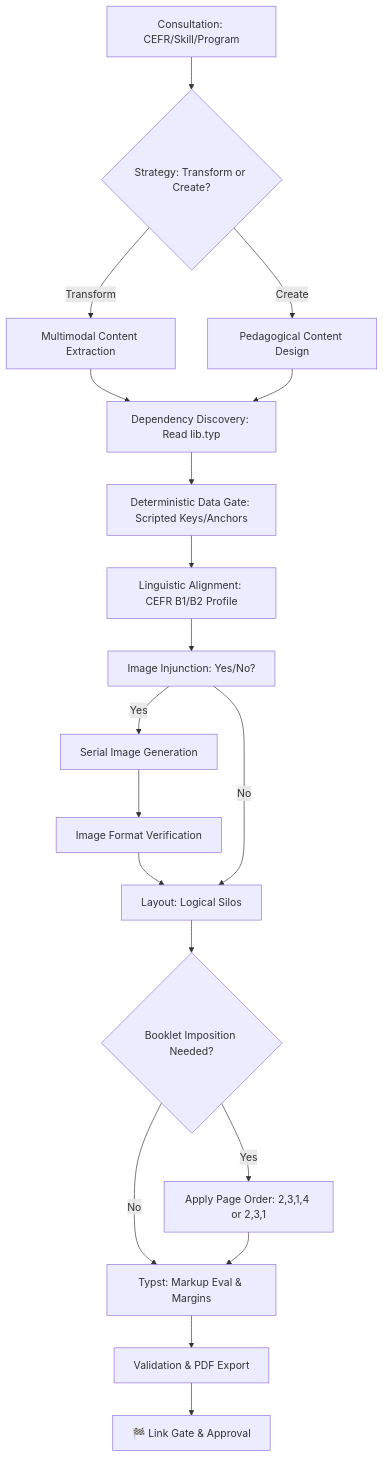
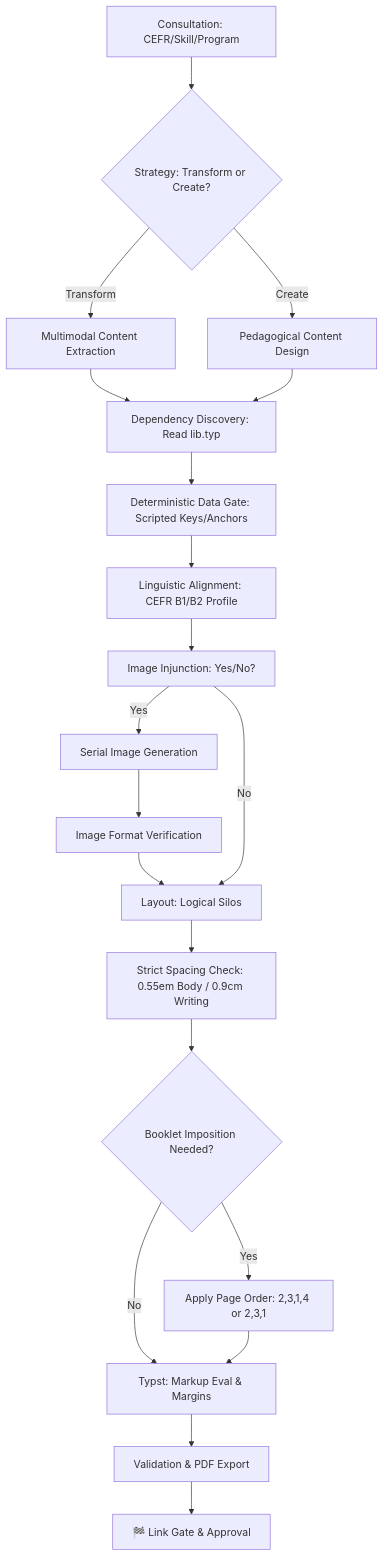
Before and after one commit to elwrush/lesson-plan-agent: the diagram in skills/producing-educational-materials/SKILL.md, drawn with Mermaid. The commit also changed other lines of this file and 107 other files, not shown here.

````diff
--- a/skills/producing-educational-materials/SKILL.md
+++ b/skills/producing-educational-materials/SKILL.md
@@ -15,20 +15,21 @@
 ```mermaid
 graph TD
     A[Consultation: CEFR/Skill/Program] --> B{Strategy: Transform or Create?}
     B -->|Transform| C[Multimodal Content Extraction]
     B -->|Create| D[Pedagogical Content Design]
     C & D --> DP[Dependency Discovery: Read lib.typ]
     DP --> DG[Deterministic Data Gate: Scripted Keys/Anchors]
     DG --> LP[Linguistic Alignment: CEFR B1/B2 Profile]
     LP --> E[Image Injunction: Yes/No?]
     E -->|Yes| F[Serial Image Generation]
     F --> IV[Image Format Verification]
     IV --> G[Layout: Logical Silos]
     E -->|No| G
-    G --> BI{Booklet Imposition Needed?}
+    G --> SP[Strict Spacing Check: 0.55em Body / 0.9cm Writing]
+    SP --> BI{Booklet Imposition Needed?}
     BI -->|Yes| BO[Apply Page Order: 2,3,1,4 or 2,3,1]
     BI -->|No| H
     BO --> H[Typst: Markup Eval & Margins]
     H --> I[Validation & PDF Export]
     I --> J[🏁 Link Gate & Approval]
 ```
````
